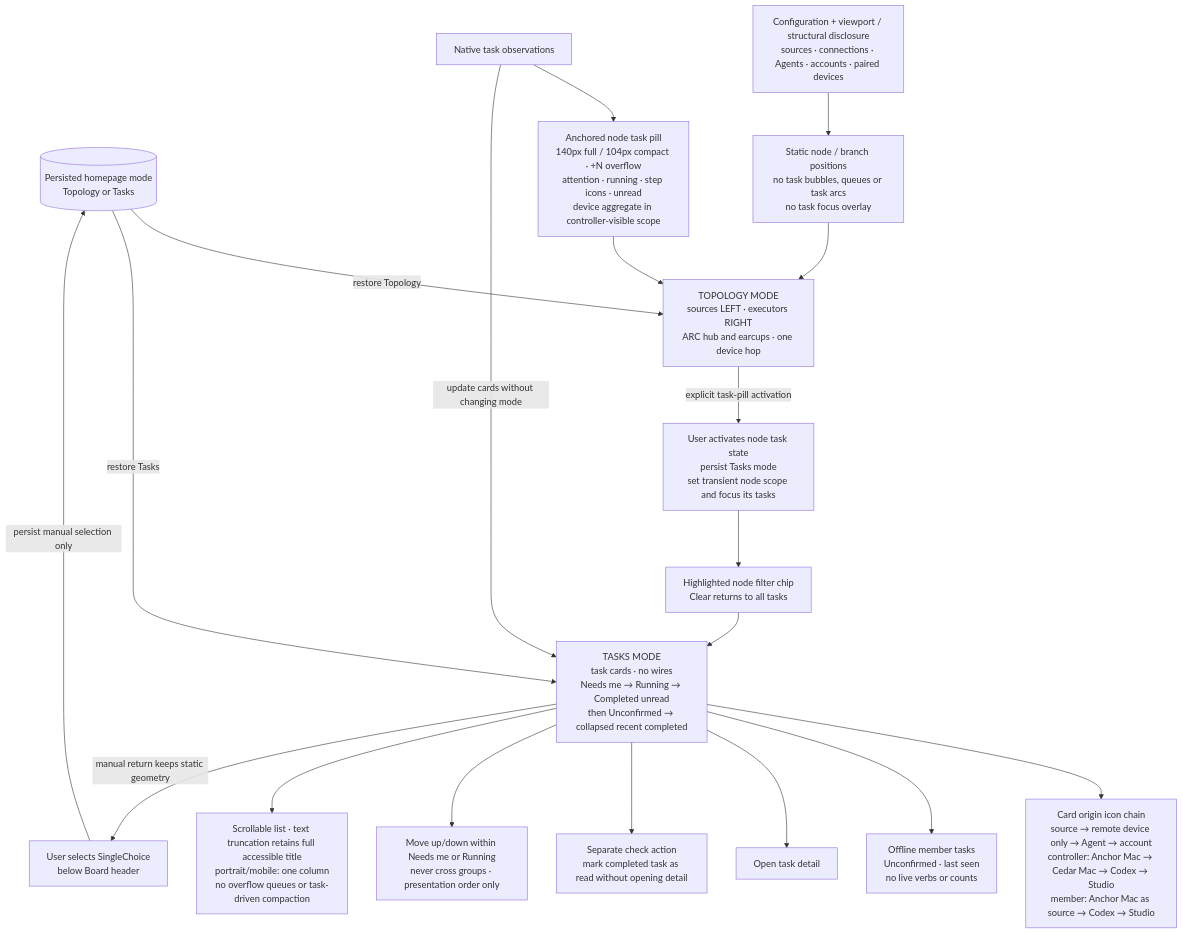
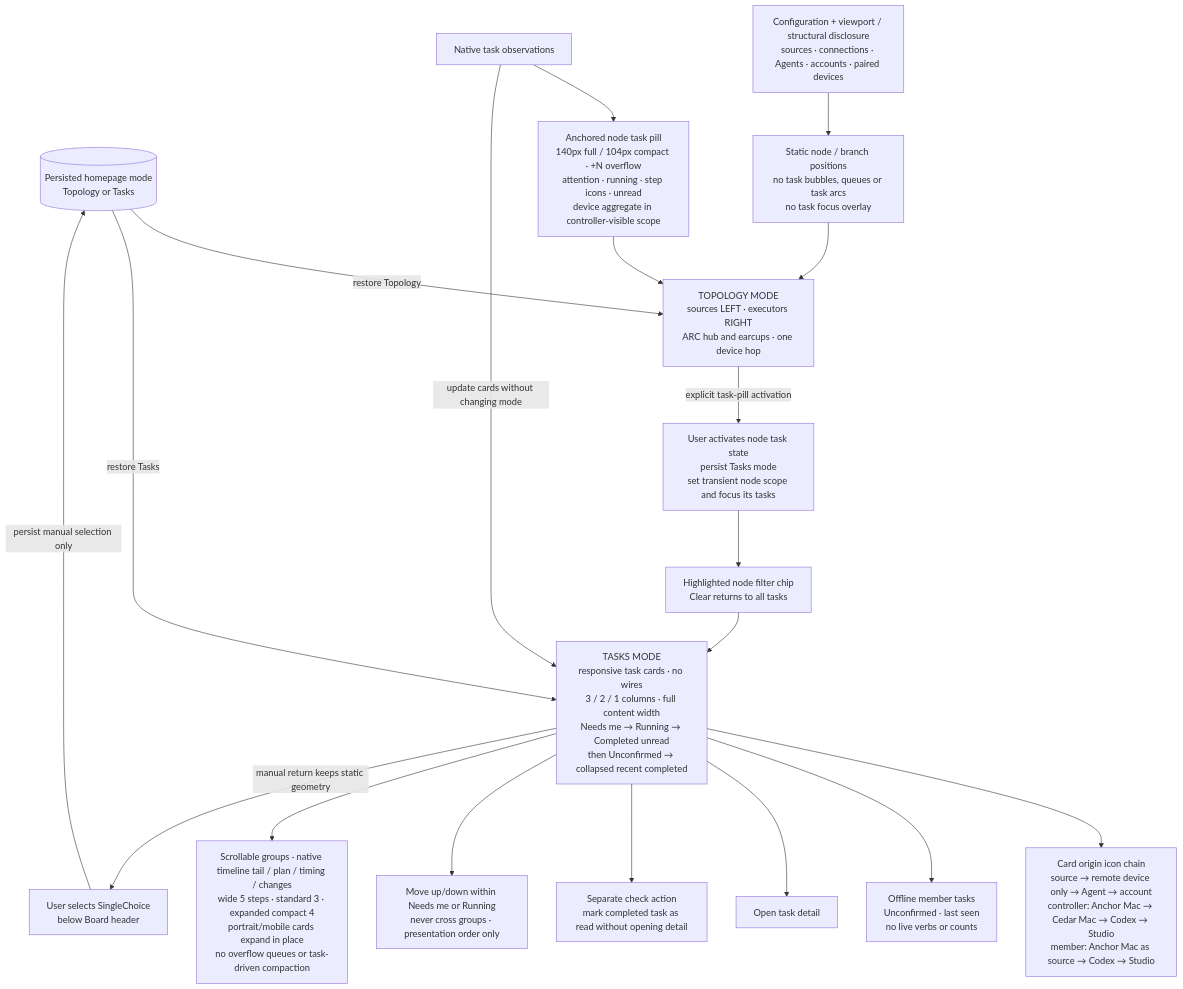
One commit to whzxc/agent-remote-control changed the diagram in arch/mechanisms/homepage-modes.mmd. Above: the diagram before and after it, drawn with Mermaid. The commit also changed 13 other files, not shown here.

Commit message:
docs(design): expand Tasks mode across density tiers

```diff
--- a/arch/mechanisms/homepage-modes.mmd
+++ b/arch/mechanisms/homepage-modes.mmd
@@ -1,33 +1,33 @@
 %% Homepage modes (layer 2): static topology and task presentation are independent projections.
 %% Index and code mapping: docs/dev/arch-assets.md
 flowchart TB
   preference[("Persisted homepage mode<br/>Topology or Tasks")]
   switch["User selects SingleChoice<br/>below Board header"]
   topology["TOPOLOGY MODE<br/>sources LEFT · executors RIGHT<br/>ARC hub and earcups · one device hop"]
   config["Configuration + viewport / structural disclosure<br/>sources · connections · Agents · accounts · paired devices"]
   positions["Static node / branch positions<br/>no task bubbles, queues or task arcs<br/>no task focus overlay"]
   observations["Native task observations"]
   badges["Anchored node task pill<br/>140px full / 104px compact · +N overflow<br/>attention · running · step icons · unread<br/>device aggregate in controller-visible scope"]
   jump["User activates node task state<br/>persist Tasks mode<br/>set transient node scope and focus its tasks"]
-  tasks["TASKS MODE<br/>task cards · no wires<br/>Needs me → Running → Completed unread<br/>then Unconfirmed → collapsed recent completed"]
+  tasks["TASKS MODE<br/>responsive task cards · no wires<br/>3 / 2 / 1 columns · full content width<br/>Needs me → Running → Completed unread<br/>then Unconfirmed → collapsed recent completed"]
   chain["Card origin icon chain<br/>source → remote device only → Agent → account<br/>controller: Anchor Mac → Cedar Mac → Codex → Studio<br/>member: Anchor Mac as source → Codex → Studio"]
   offline["Offline member tasks<br/>Unconfirmed · last seen<br/>no live verbs or counts"]
   filter["Highlighted node filter chip<br/>Clear returns to all tasks"]
   details["Open task detail"]
   read["Separate check action<br/>mark completed task as read without opening detail"]
   order["Move up/down within Needs me or Running<br/>never cross groups · presentation order only"]
-  overflow["Scrollable list · text truncation retains full accessible title<br/>portrait/mobile: one column<br/>no overflow queues or task-driven compaction"]
+  overflow["Scrollable groups · native timeline tail / plan / timing / changes<br/>wide 5 steps · standard 3 · expanded compact 4<br/>portrait/mobile cards expand in place<br/>no overflow queues or task-driven compaction"]
   switch -->|"persist manual selection only"| preference
   preference -->|"restore Topology"| topology
   preference -->|"restore Tasks"| tasks
   config --> positions --> topology
   observations --> badges --> topology
   observations -->|"update cards without changing mode"| tasks
   topology -->|"explicit task-pill activation"| jump --> filter --> tasks
   tasks --> chain
   tasks --> offline
   tasks --> details
   tasks --> read
   tasks --> order
   tasks --> overflow
   tasks -->|"manual return keeps static geometry"| switch
```
